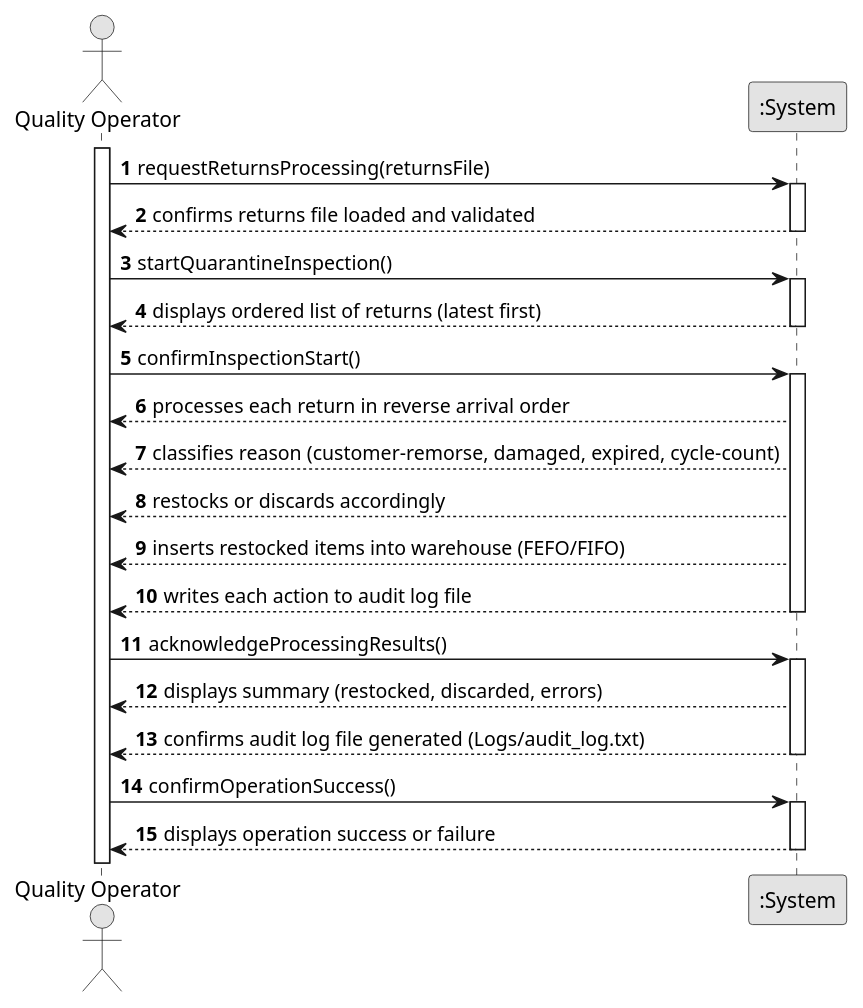
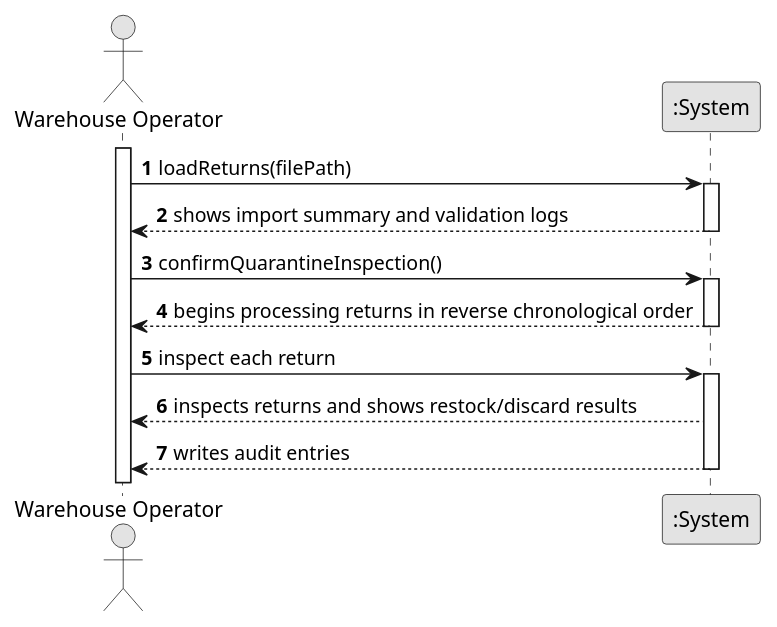
Before and after one commit to AfonsoMachado1892/Logistics-on-Rails: the diagram in defenitive-structure/docs/system-documentation/esinf-us/USEI05/01.requirements-engineering/puml/USEI05-SSD.puml, drawn with PlantUML. The commit also changed 1 other file, not shown here.

```diff
--- a/defenitive-structure/docs/system-documentation/esinf-us/USEI05/01.requirements-engineering/puml/USEI05-SSD.puml
+++ b/defenitive-structure/docs/system-documentation/esinf-us/USEI05/01.requirements-engineering/puml/USEI05-SSD.puml
@@ -1,48 +1,30 @@
 @startuml
 skinparam monochrome true
 skinparam packageStyle rectangle
 skinparam shadowing false
 
 autonumber
 
-actor "Quality Operator" as Operator
+actor "Warehouse Operator" as Operator
 participant ":System" as System
 
 activate Operator
 
-    Operator -> System : requestReturnsProcessing(returnsFile)
-    activate System
+Operator -> System : loadReturns(filePath)
+activate System
+System --> Operator : shows import summary and validation logs
+deactivate System
 
-        System --> Operator : confirms returns file loaded and validated
-    deactivate System
+Operator -> System : confirmQuarantineInspection()
+activate System
+System --> Operator : begins processing returns in reverse chronological order
+deactivate System
 
-    Operator -> System : startQuarantineInspection()
-    activate System
+Operator -> System : inspect each return
+activate System
 
-        System --> Operator : displays ordered list of returns (latest first)
-    deactivate System
-
-    Operator -> System : confirmInspectionStart()
-    activate System
-
-        System --> Operator : processes each return in reverse arrival order
-        System --> Operator : classifies reason (customer-remorse, damaged, expired, cycle-count)
-        System --> Operator : restocks or discards accordingly
-        System --> Operator : inserts restocked items into warehouse (FEFO/FIFO)
-        System --> Operator : writes each action to audit log file
-    deactivate System
-
-    Operator -> System : acknowledgeProcessingResults()
-    activate System
-
-        System --> Operator : displays summary (restocked, discarded, errors)
-        System --> Operator : confirms audit log file generated (Logs/audit_log.txt)
-    deactivate System
-
-    Operator -> System : confirmOperationSuccess()
-    activate System
-
-        System --> Operator : displays operation success or failure
-    deactivate System
+System --> Operator : inspects returns and shows restock/discard results
+System --> Operator : writes audit entries
+deactivate System
 
 @enduml
```
